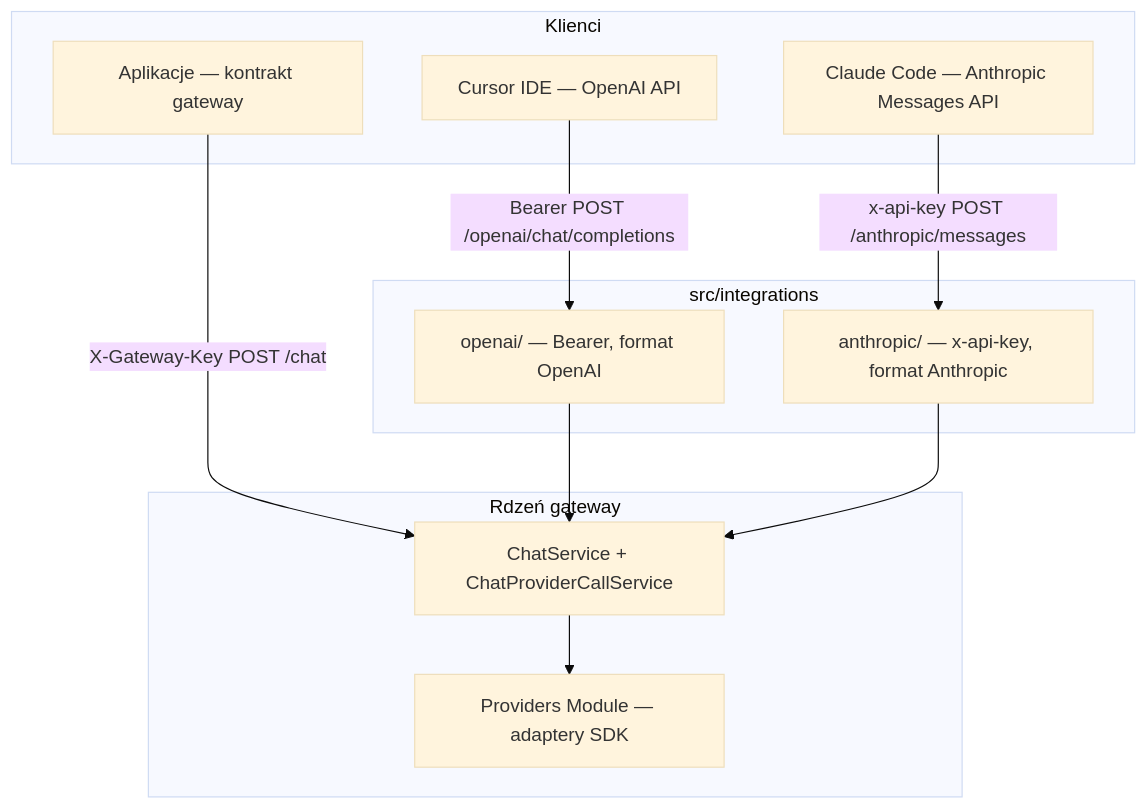
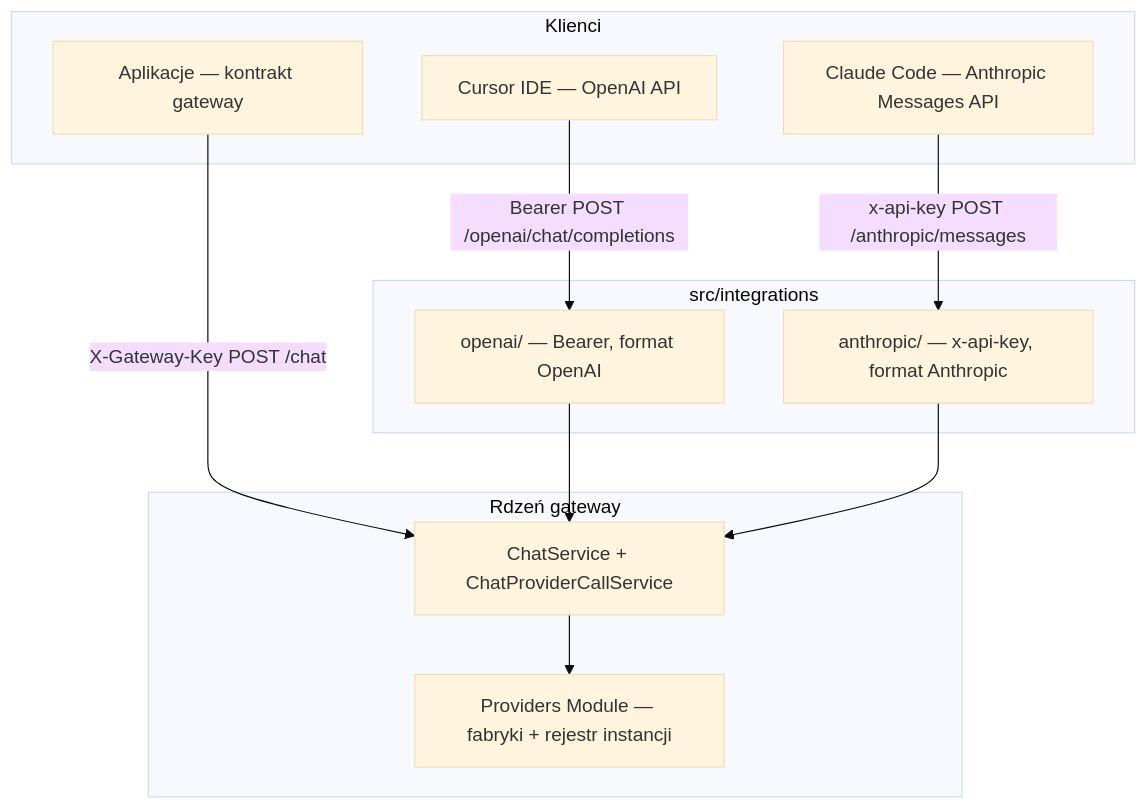
Before and after one commit to matej2314/ai-provider-gateway: the diagram in docs/integracje.md, drawn with Mermaid (base theme). The commit also changed other lines of this file and 29 other files, not shown here.

````diff
--- a/docs/integracje.md
+++ b/docs/integracje.md
@@ -30,25 +30,25 @@
 ```mermaid
 flowchart TB
   subgraph clients [Klienci]
     native[Aplikacje — kontrakt gateway]
     cursor[Cursor IDE — OpenAI API]
     claude[Claude Code — Anthropic Messages API]
   end
 
   subgraph integrations [src/integrations]
     openaiF[openai/ — Bearer, format OpenAI]
     anthropicF[anthropic/ — x-api-key, format Anthropic]
   end
 
   subgraph core [Rdzeń gateway]
     chat[ChatService + ChatProviderCallService]
-    providers[Providers Module — adaptery SDK]
+    providers[Providers Module — fabryki + rejestr instancji]
   end
 
   native -->|X-Gateway-Key POST /chat| chat
   cursor -->|Bearer POST /openai/chat/completions| openaiF
   claude -->|x-api-key POST /anthropic/messages| anthropicF
   openaiF --> chat
   anthropicF --> chat
   chat --> providers
 ```
````
